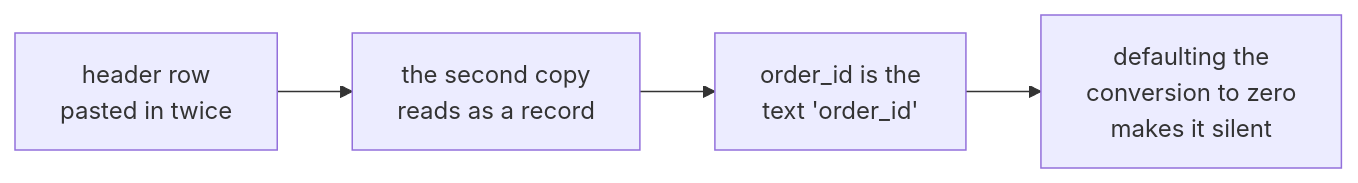
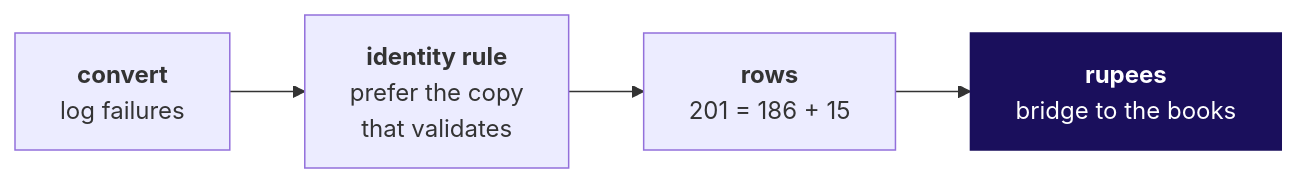
One commit to fde-academy-lab/c2-content-factory changed diagram 18 of 21 in content/W01/D3/slides/C2_W01_D03_half1_STUDENT.md. Above: the diagram before and after it, drawn with Mermaid. The commit also changed other lines of this file and 3 other files, not shown here.

````diff
--- a/content/W01/D3/slides/C2_W01_D03_half1_STUDENT.md
+++ b/content/W01/D3/slides/C2_W01_D03_half1_STUDENT.md
@@ -180,6 +788,6 @@
 ```mermaid
 flowchart LR
-    A["header row<br/>pasted in twice"] --> B["the second copy<br/>reads as a record"]
-    B --> C["order_id is the<br/>text 'order_id'"]
-    C --> D["defaulting the<br/>conversion to zero<br/>makes it silent"]
+    C["<b>convert</b><br/>log failures"] --> I["<b>identity rule</b><br/>prefer the copy<br/>that validates"] --> R1["<b>rows</b><br/>201 = 186 + 15"] --> R2["<b>rupees</b><br/>bridge to the books"]
+    classDef bet fill:#1A0F5C,stroke:#1A0F5C,color:#FFFFFF
+    class R2 bet
 ```
````
